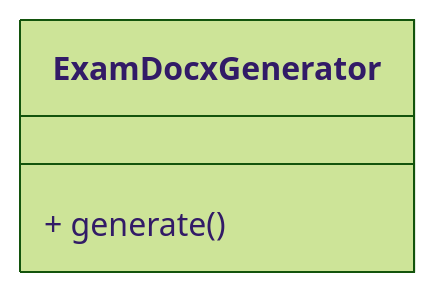
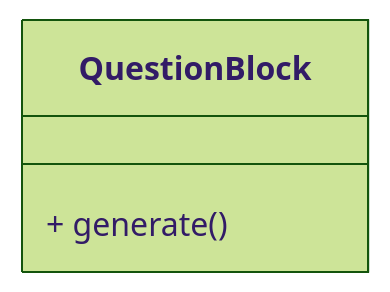
The fourth of 4 diagrams in docs/design-doc.md (DucMinh2211/exam-helper), drawn with Mermaid (forest theme) before and after one commit. The commit also changed other lines of this file and 15 other files, not shown here.

Commit message:
feat: impl Exam, ExamSeed, QuestionBlock, ExamGen

````diff
--- a/docs/design-doc.md
+++ b/docs/design-doc.md
@@ -201,7 +288,7 @@
 ```mermaid
 classDiagram
 
-class ExamDocxGenerator {
+class QuestionBlock {
 	+ generate()
 }
 ```
````
